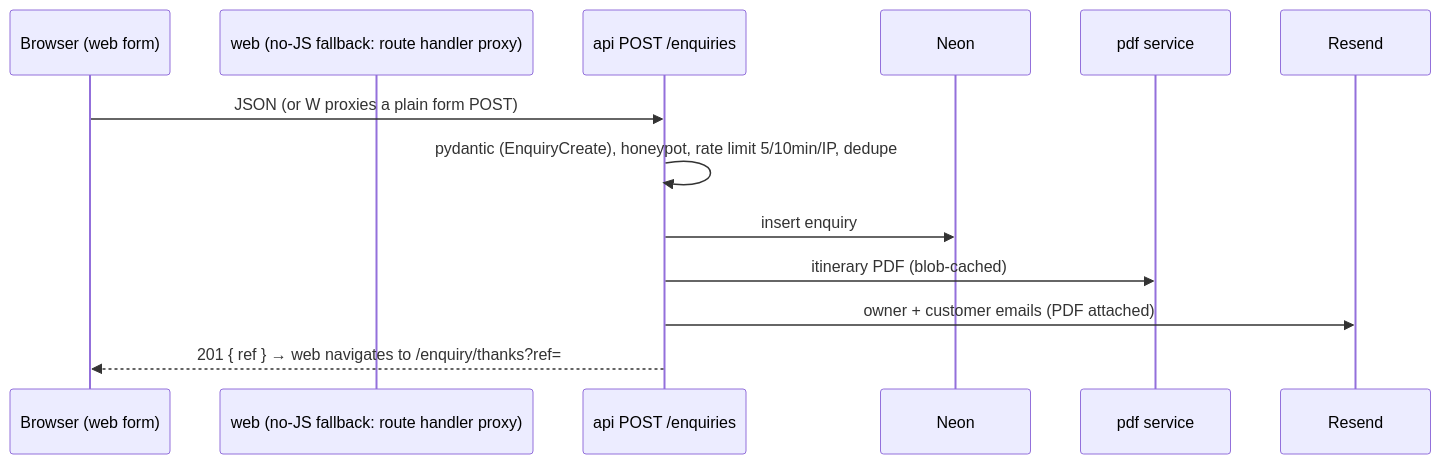
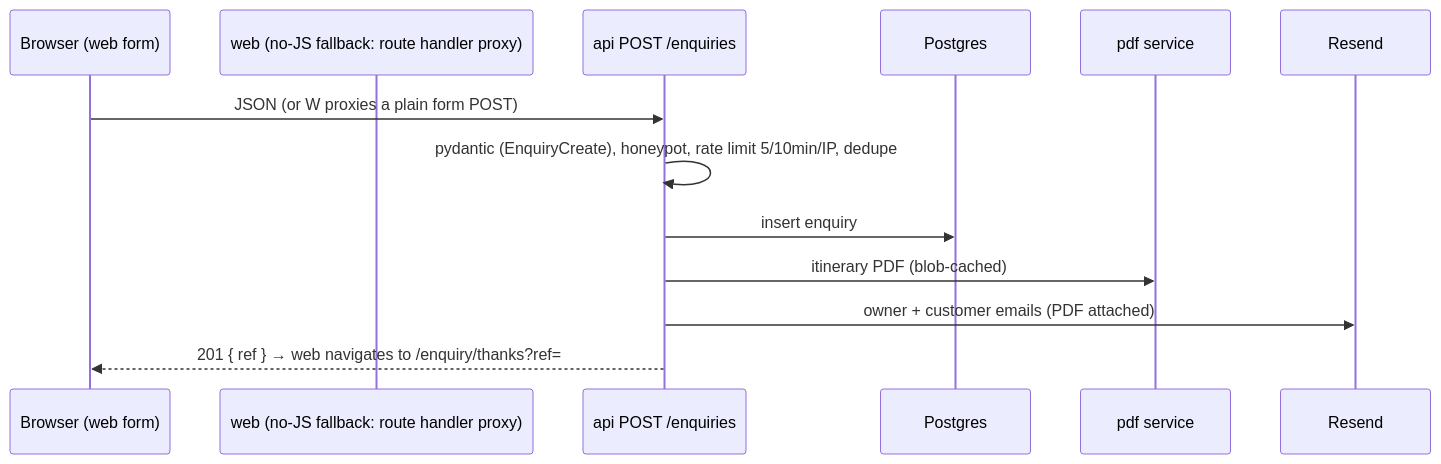
One commit to virajdomadia/tripsmith changed the third of 3 diagrams in docs/05-architecture.md. Above: the diagram before and after it, drawn with Mermaid. The commit also changed other lines of this file and 24 other files, not shown here.

````diff
--- a/docs/05-architecture.md
+++ b/docs/05-architecture.md
@@ -138,15 +138,15 @@
 ```mermaid
 sequenceDiagram
   participant B as Browser (web form)
   participant W as web (no-JS fallback: route handler proxy)
   participant A as api POST /enquiries
-  participant DB as Neon
+  participant DB as Postgres
   participant P as pdf service
   participant M as Resend
   B->>A: JSON (or W proxies a plain form POST)
   A->>A: pydantic (EnquiryCreate), honeypot, rate limit 5/10min/IP, dedupe
   A->>DB: insert enquiry
   A->>P: itinerary PDF (blob-cached)
   A->>M: owner + customer emails (PDF attached)
   A-->>B: 201 { ref } → web navigates to /enquiry/thanks?ref=
 ```
````
